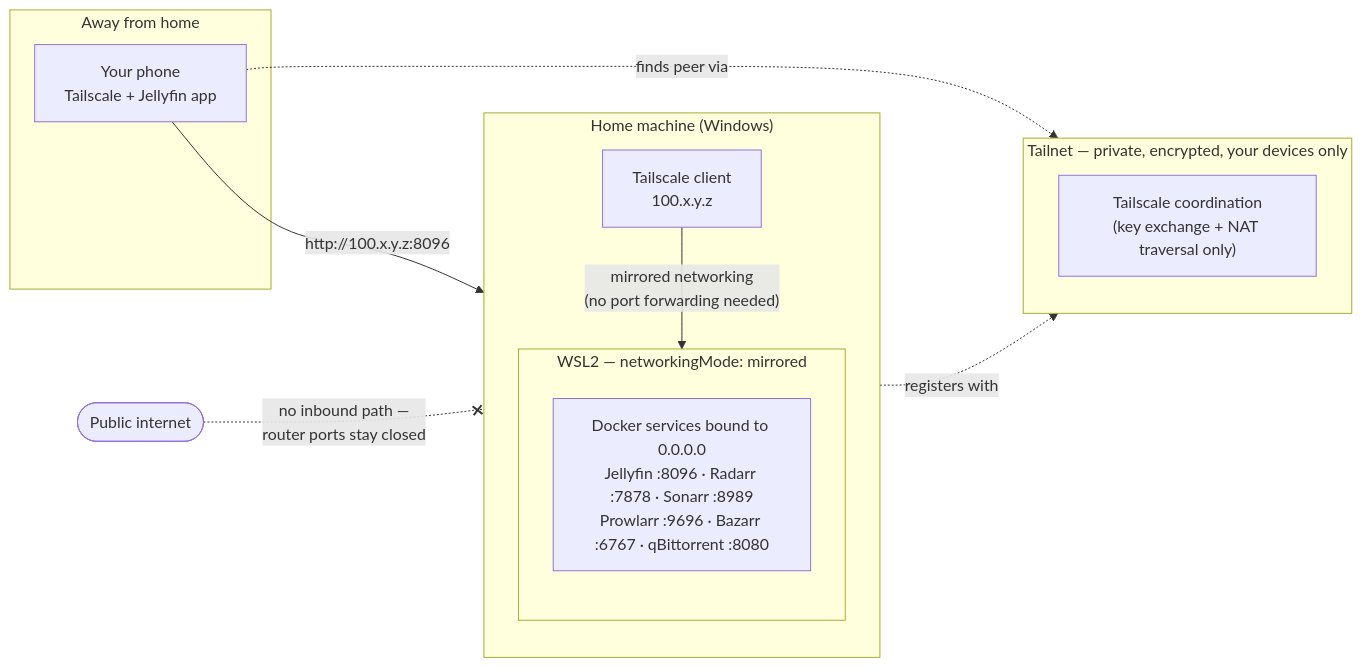
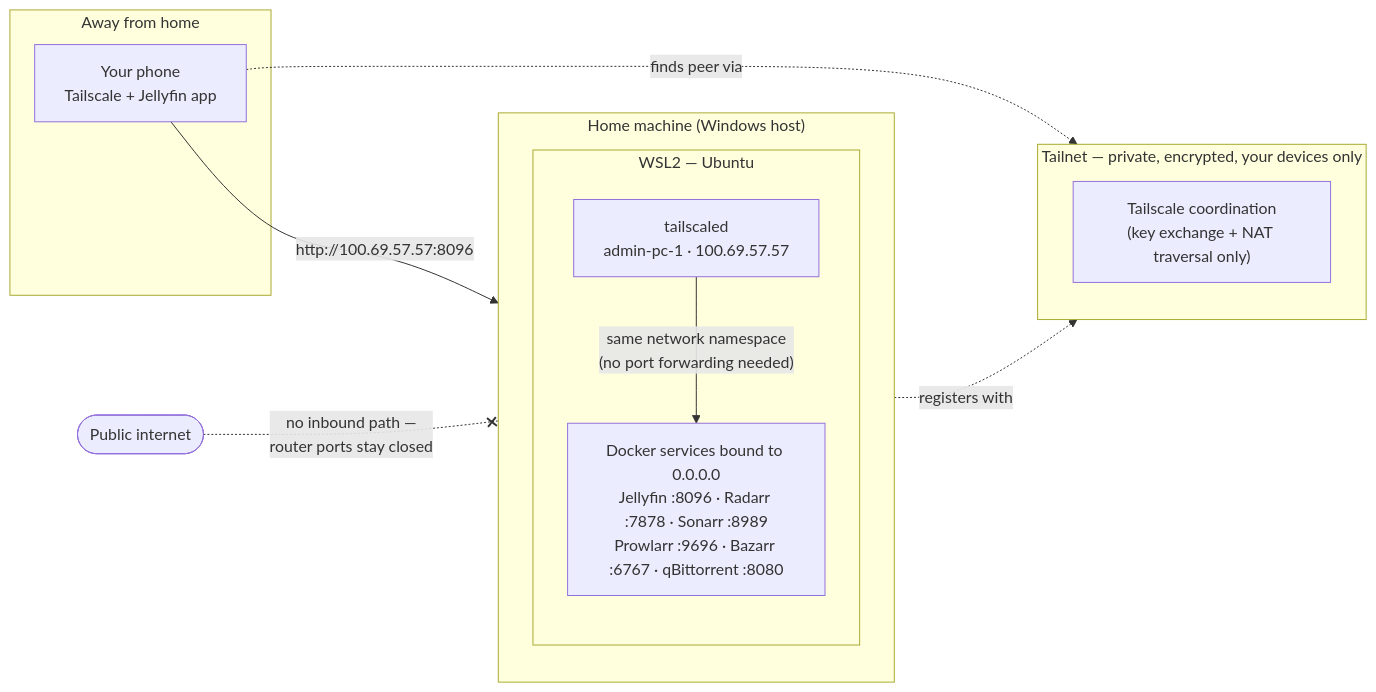
The first of 2 diagrams in docs/REMOTE-ACCESS.md (hiepgithub2001/nas-lab), drawn with Mermaid before and after one commit. The commit also changed other lines of this file and 2 other files, not shown here.

First line of the commit message:
Switch remote-access docs from the Windows client to Tailscale in WSL

````diff
--- a/docs/REMOTE-ACCESS.md
+++ b/docs/REMOTE-ACCESS.md
@@ -38,28 +38,28 @@
 ```mermaid
 flowchart LR
     subgraph Away["Away from home"]
         Phone["Your phone<br/>Tailscale + Jellyfin app"]
     end
 
     subgraph TS["Tailnet — private, encrypted, your devices only"]
         direction TB
         Coord["Tailscale coordination<br/>(key exchange + NAT traversal only)"]
     end
 
-    subgraph Home["Home machine (Windows)"]
+    subgraph Home["Home machine (Windows host)"]
         direction TB
-        TSWin["Tailscale client<br/>100.x.y.z"]
-        subgraph WSL["WSL2 — networkingMode: mirrored"]
+        subgraph WSL["WSL2 — Ubuntu"]
             direction TB
+            TSD["tailscaled<br/>admin-pc-1 · 100.69.57.57"]
             Docker["Docker services bound to 0.0.0.0<br/>Jellyfin :8096 · Radarr :7878 · Sonarr :8989<br/>Prowlarr :9696 · Bazarr :6767 · qBittorrent :8080"]
         end
     end
 
-    Phone -- "http://100.x.y.z:8096" --> TSWin
+    Phone -- "http://100.69.57.57:8096" --> TSD
     Phone -.->|"finds peer via"| Coord
-    TSWin -.->|"registers with"| Coord
-    TSWin -- "mirrored networking<br/>(no port forwarding needed)" --> Docker
+    TSD -.->|"registers with"| Coord
+    TSD -- "same network namespace<br/>(no port forwarding needed)" --> Docker
 
     Internet(["Public internet"])
     Internet -. "no inbound path —<br/>router ports stay closed" .-x Home
 ```
````
